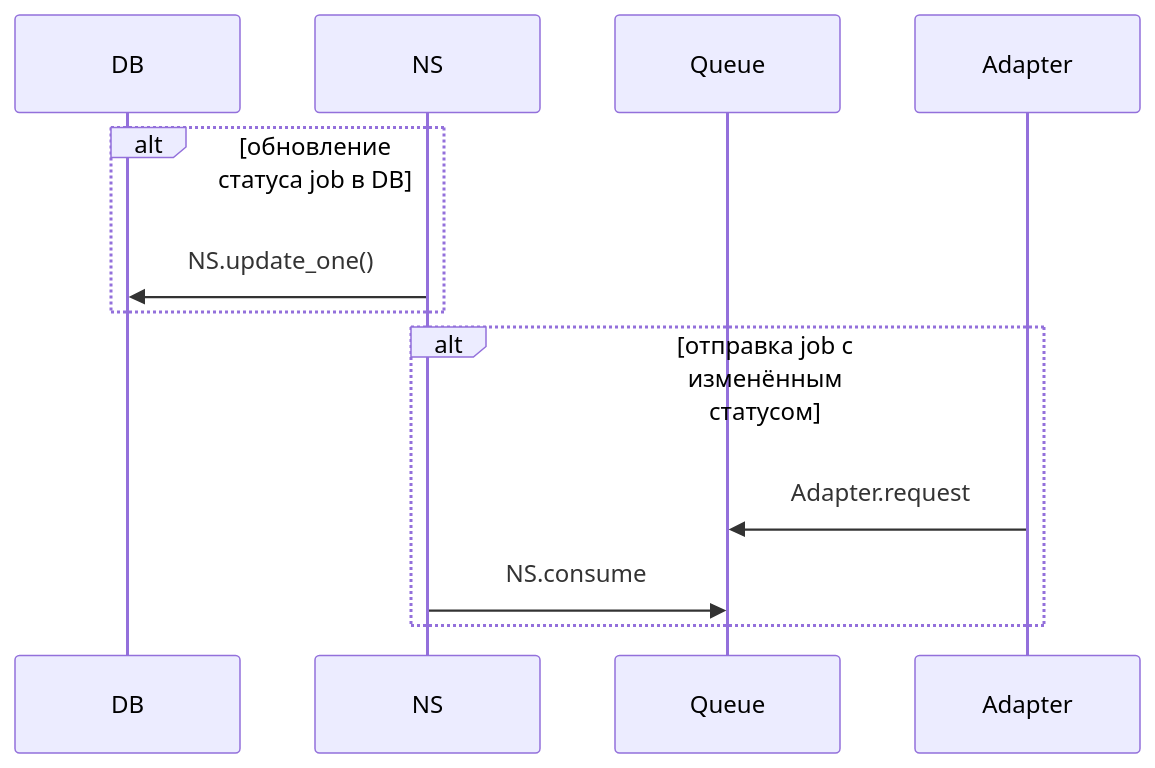
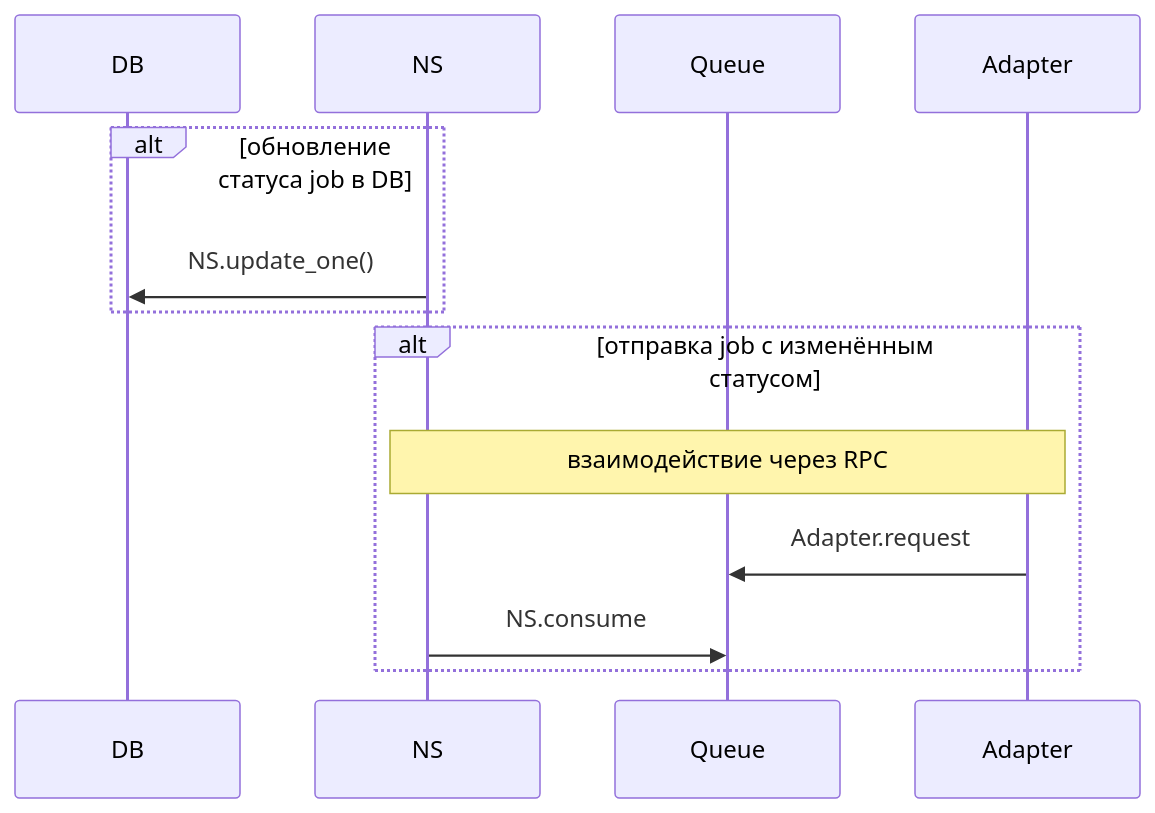
The fourth of 4 diagrams in ns-sequence-diagram-rmq.md (Timo4ey/ns), drawn with Mermaid before and after one commit.

Commit message:
[featute] add Notes with ' взаимодействие через RPC'

````diff
--- a/ns-sequence-diagram-rmq.md
+++ b/ns-sequence-diagram-rmq.md
@@ -94,17 +94,18 @@
 ```mermaid
 
 sequenceDiagram
     participant DB
     participant NS
     participant Queue
     participant Adapter
 
 
     alt обновление статуса job в DB
         NS ->> DB: NS.update_one()
     end
     alt отправка job с изменённым статусом
+        Note over NS, Adapter: взаимодействие через RPC
         Adapter ->> Queue:Adapter.request
         NS ->> Queue: NS.consume
     end
 ```
````
